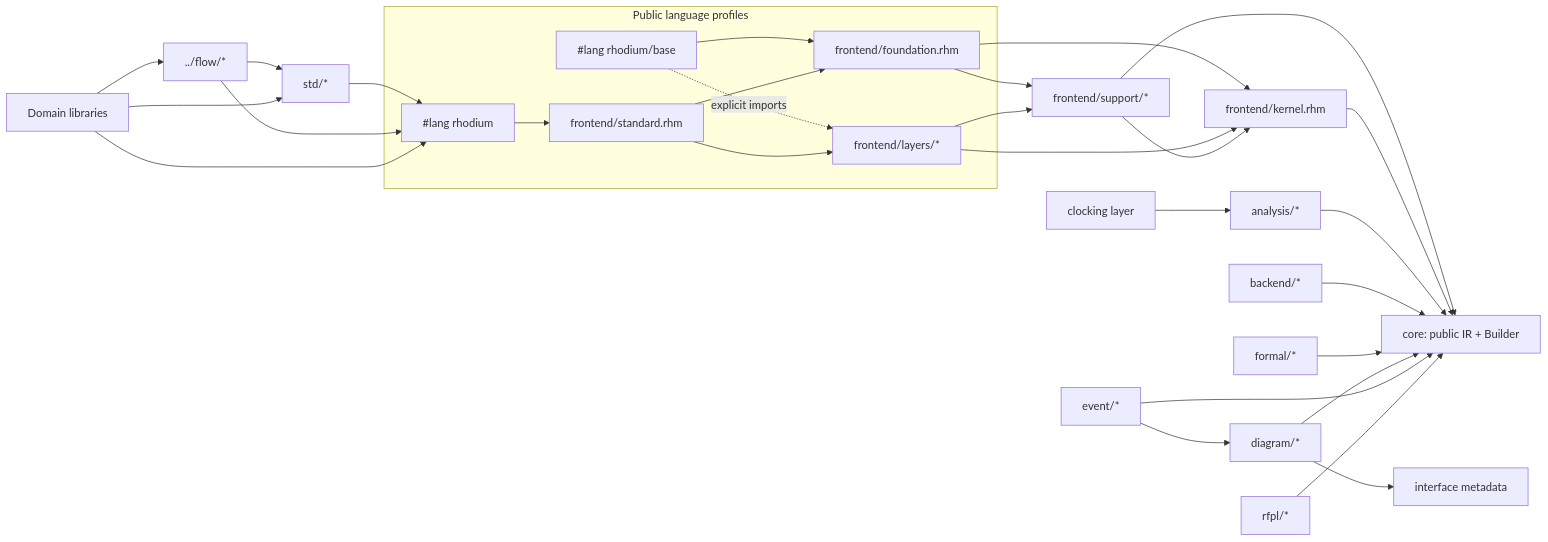
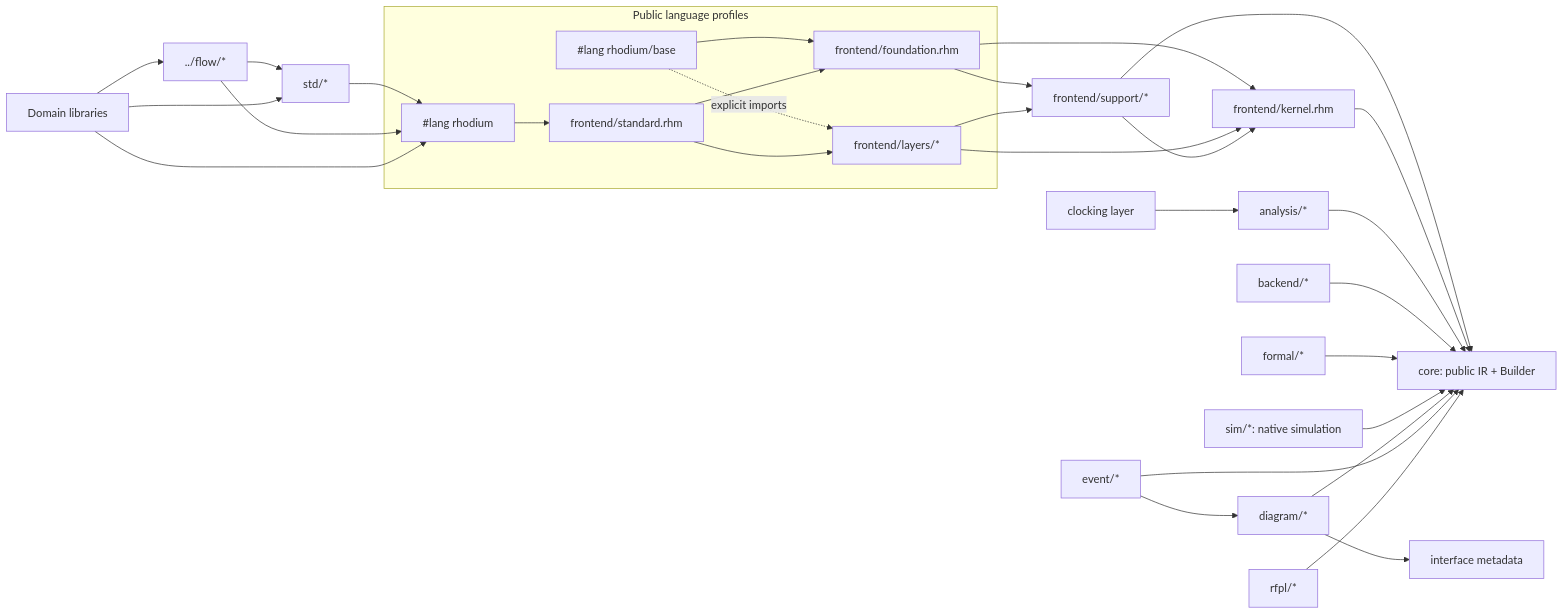
One commit to jerryz123/rhodium changed the diagram in rhodium/DEVELOPING.md. Above: the diagram before and after it, drawn with Mermaid. The commit also changed other lines of this file and 83 other files, not shown here.

````diff
--- a/rhodium/DEVELOPING.md
+++ b/rhodium/DEVELOPING.md
@@ -19,36 +19,37 @@
 ```mermaid
 flowchart LR
   subgraph Profiles[Public language profiles]
     Rhodium["#lang rhodium"] --> Standard["frontend/standard.rhm"]
     Base["#lang rhodium/base"] --> Foundation["frontend/foundation.rhm"]
     Base -.->|explicit imports| Layers["frontend/layers/*"]
     Standard --> Foundation
     Standard --> Layers
   end
 
   Foundation --> Support["frontend/support/*"]
   Foundation --> Kernel["frontend/kernel.rhm"]
   Layers --> Support
   Layers --> Kernel
   Support --> Kernel
   Support --> Core["core: public IR + Builder"]
   Kernel --> Core
 
   Clocking["clocking layer"] --> Analysis["analysis/*"]
   Analysis --> Core
 
   Backend["backend/*"] --> Core
   Formal["formal/*"] --> Core
+  NativeSim["sim/*: native simulation"] --> Core
   Diagram["diagram/*"] --> Core
   Diagram --> InterfaceMeta["interface metadata"]
   EventGraph["event/*"] --> Diagram
   EventGraph --> Core
 
   RFPL["rfpl/*"] --> Core
   Std["std/*"] --> Rhodium
   Flow["../flow/*"] --> Std
   Flow --> Rhodium
   Libraries["Domain libraries"] --> Flow
   Libraries --> Std
   Libraries --> Rhodium
 ```
````
